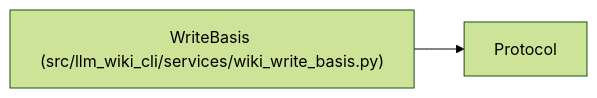
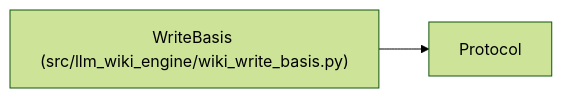
The diagram in docs/llm_wiki/entities/WriteBasis.md (Denissvgn/python-wiki-llm), drawn with Mermaid (forest theme) before and after one commit. The commit also changed other lines of this file and 739 other files, not shown here.

First line of the commit message:
docs: refresh the wiki for the second engine batch

````diff
--- a/docs/llm_wiki/entities/WriteBasis.md
+++ b/docs/llm_wiki/entities/WriteBasis.md
@@ -33,7 +33,7 @@
 ```mermaid
 flowchart LR
-    n0["WriteBasis (src/llm_wiki_cli/services/wiki_write_basis.py)"]
+    n0["WriteBasis (src/llm_wiki_engine/wiki_write_basis.py)"]
     n1["Protocol"]
     n0 --> n1
     click n0 "../modules/wiki_write_basis.md"
 ```
````
